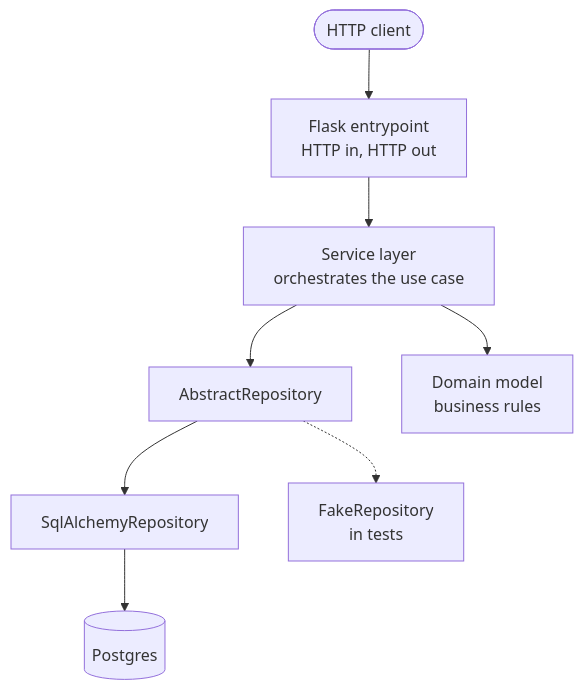
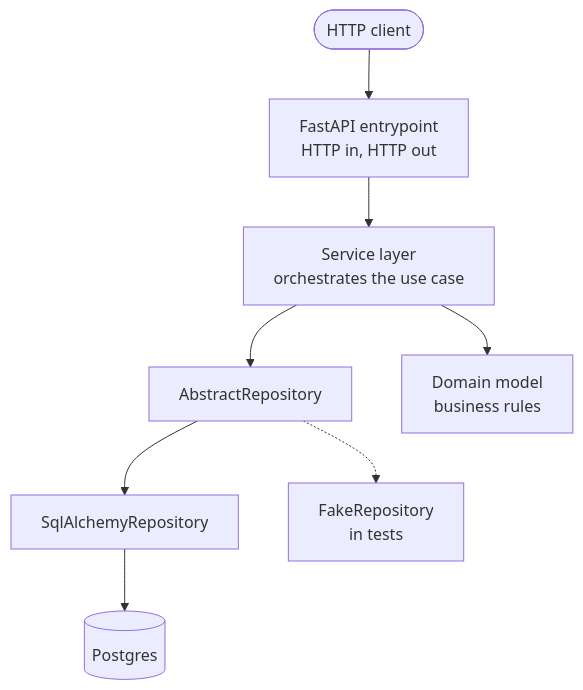
Before and after one commit to Thommans-Playground/playground-cosmic-python: the first of 2 diagrams in study-guide/ch04-service-layer.md, drawn with Mermaid. The commit also changed other lines of this file and 17 other files, not shown here.

First line of the commit message:
Refactor allocation service to use FastAPI and implement dependency injection

````diff
--- a/study-guide/ch04-service-layer.md
+++ b/study-guide/ch04-service-layer.md
@@ -15,9 +15,9 @@
 ```mermaid
 flowchart TB
-    Client([HTTP client]) --> Flask["Flask entrypoint<br/>HTTP in, HTTP out"]
-    Flask --> Svc["Service layer<br/>orchestrates the use case"]
+    Client([HTTP client]) --> FastAPI["FastAPI entrypoint<br/>HTTP in, HTTP out"]
+    FastAPI --> Svc["Service layer<br/>orchestrates the use case"]
     Svc --> Repo[AbstractRepository]
     Svc --> Model["Domain model<br/>business rules"]
     Repo --> SQL[SqlAlchemyRepository] --> DB[(Postgres)]
     Repo -.-> Fake[FakeRepository<br/>in tests]
 ```
````
